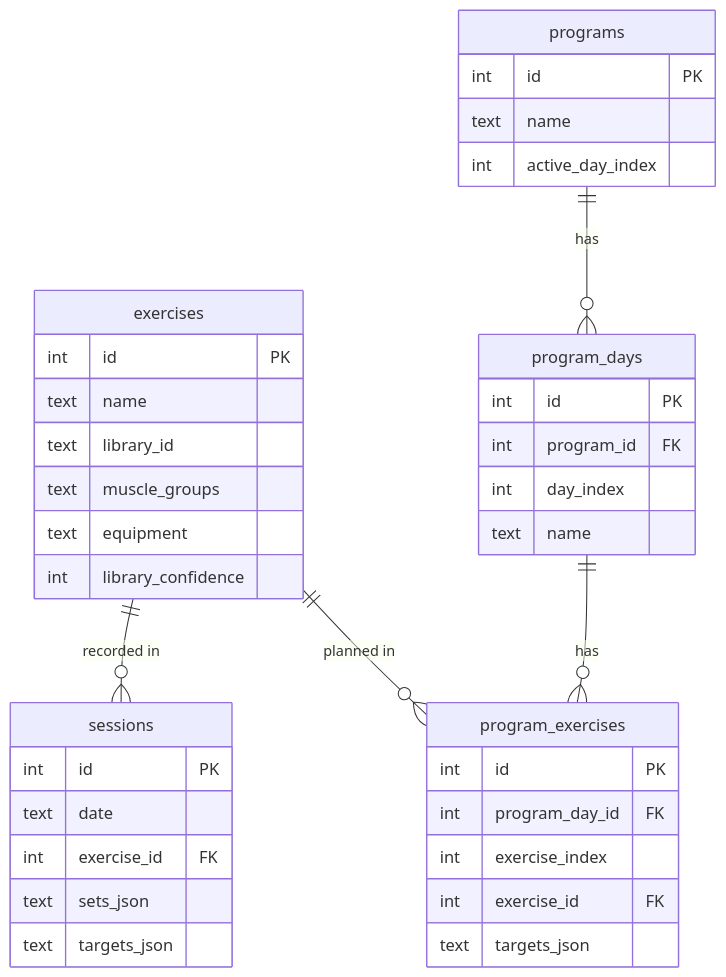
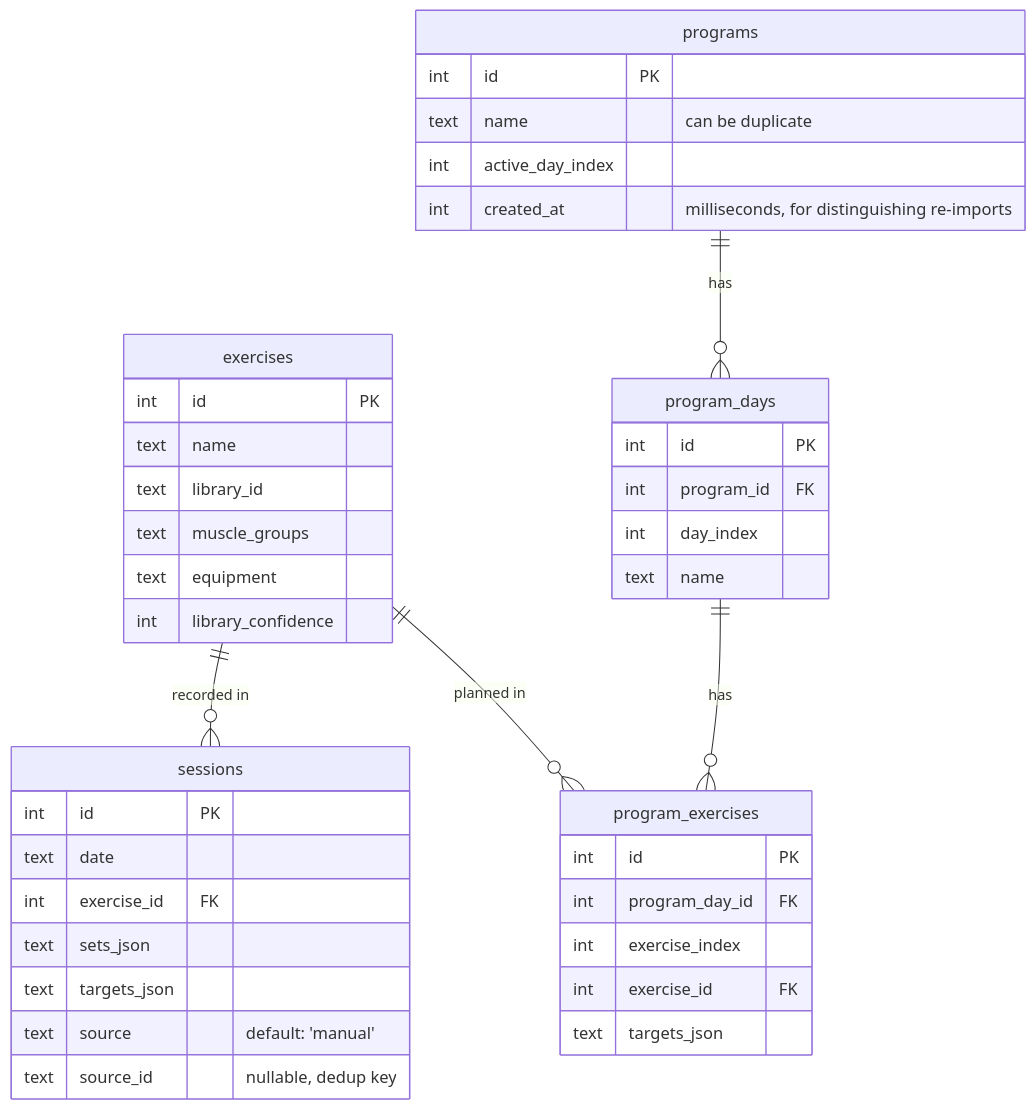
One commit to lmchoi/spuddy changed the diagram in docs/data-model.md. Above: the diagram before and after it, drawn with Mermaid. The commit also changed other lines of this file, not shown here.

First line of the commit message:
docs: update data model for source_id and created_at columns

````diff
--- a/docs/data-model.md
+++ b/docs/data-model.md
@@ -7,45 +7,48 @@
 ```mermaid
 erDiagram
     exercises {
         int     id              PK
         text    name
         text    library_id
         text    muscle_groups
         text    equipment
         int     library_confidence
     }
 
     sessions {
         int     id              PK
         text    date
         int     exercise_id     FK
         text    sets_json
         text    targets_json
+        text    source          "default: 'manual'"
+        text    source_id       "nullable, dedup key"
     }
 
     programs {
         int     id              PK
-        text    name
+        text    name            "can be duplicate"
         int     active_day_index
+        int     created_at      "milliseconds, for distinguishing re-imports"
     }
 
     program_days {
         int     id              PK
         int     program_id      FK
         int     day_index
         text    name
     }
 
     program_exercises {
         int     id              PK
         int     program_day_id  FK
         int     exercise_index
         int     exercise_id     FK
         text    targets_json
     }
 
     exercises      ||--o{ sessions          : "recorded in"
     exercises      ||--o{ program_exercises : "planned in"
     programs       ||--o{ program_days      : "has"
     program_days   ||--o{ program_exercises : "has"
 ```
````
